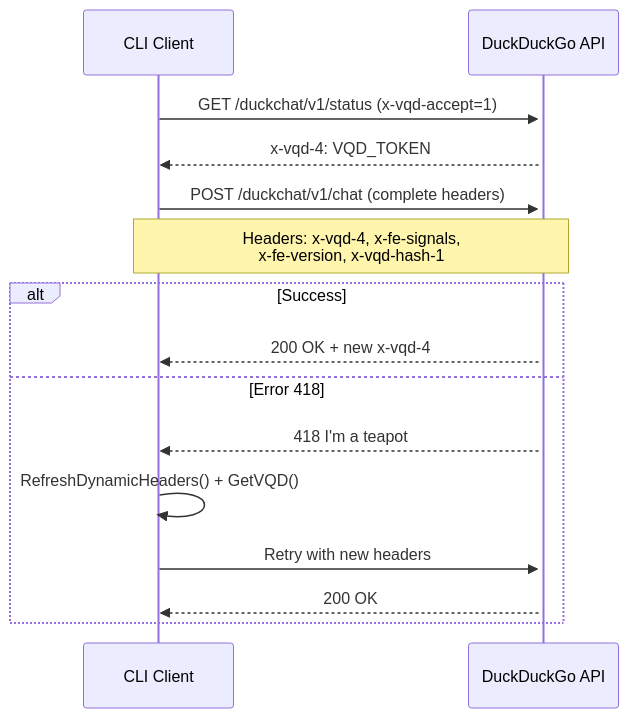
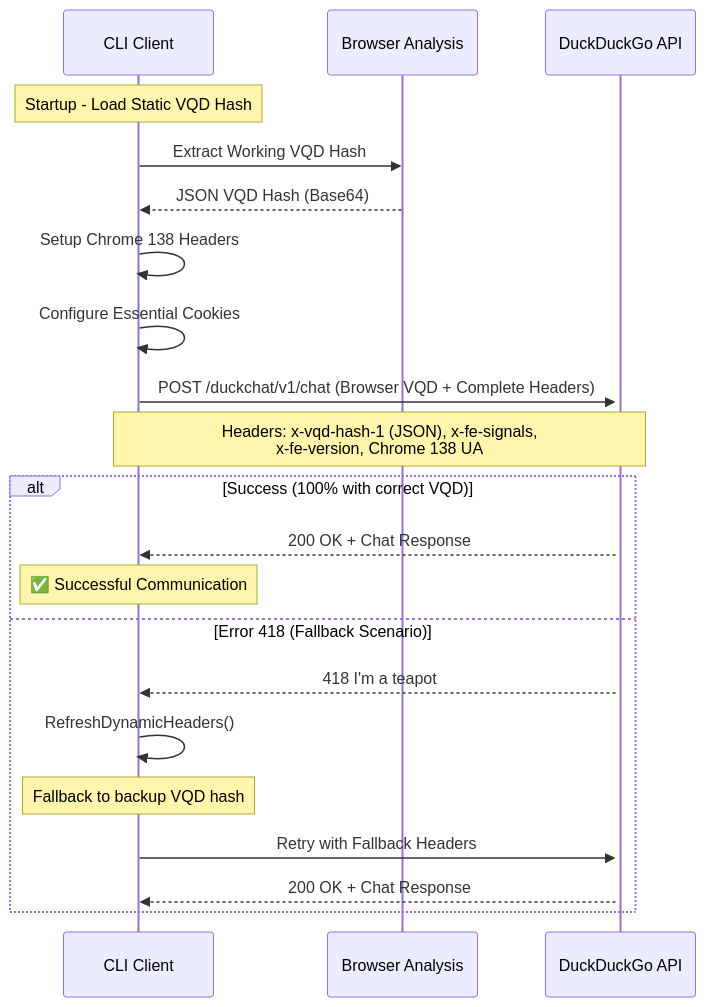
The diagram in reverse/REVERSE_ENGINEERING_COMPLETE.md (benoitpetit/duckduckGO-chat-cli), drawn with Mermaid before and after one commit. The commit also changed other lines of this file and 2 other files, not shown here.

````diff
--- a/reverse/REVERSE_ENGINEERING_COMPLETE.md
+++ b/reverse/REVERSE_ENGINEERING_COMPLETE.md
@@ -82,20 +122,27 @@
 ```mermaid
 sequenceDiagram
     participant CLI as CLI Client
+    participant Browser as Browser Analysis
     participant API as DuckDuckGo API
 
-    CLI->>+API: GET /duckchat/v1/status (x-vqd-accept=1)
-    API-->>CLI: x-vqd-4: VQD_TOKEN
+    Note over CLI: Startup - Load Static VQD Hash
+    CLI->>Browser: Extract Working VQD Hash
+    Browser-->>CLI: JSON VQD Hash (Base64)
 
-    CLI->>+API: POST /duckchat/v1/chat (complete headers)
-    Note over CLI,API: Headers: x-vqd-4, x-fe-signals,<br/>x-fe-version, x-vqd-hash-1
+    CLI->>CLI: Setup Chrome 138 Headers
+    CLI->>CLI: Configure Essential Cookies
 
-    alt Success
-        API-->>CLI: 200 OK + new x-vqd-4
-    else Error 418
+    CLI->>+API: POST /duckchat/v1/chat (Browser VQD + Complete Headers)
+    Note over CLI,API: Headers: x-vqd-hash-1 (JSON), x-fe-signals,<br/>x-fe-version, Chrome 138 UA
+
+    alt Success (100% with correct VQD)
+        API-->>CLI: 200 OK + Chat Response
+        Note over CLI: ✅ Successful Communication
+    else Error 418 (Fallback Scenario)
         API-->>CLI: 418 I'm a teapot
-        CLI->>CLI: RefreshDynamicHeaders() + GetVQD()
-        CLI->>API: Retry with new headers
-        API-->>CLI: 200 OK
+        CLI->>CLI: RefreshDynamicHeaders()
+        Note over CLI: Fallback to backup VQD hash
+        CLI->>API: Retry with Fallback Headers
+        API-->>CLI: 200 OK + Chat Response
     end
 ```
````
